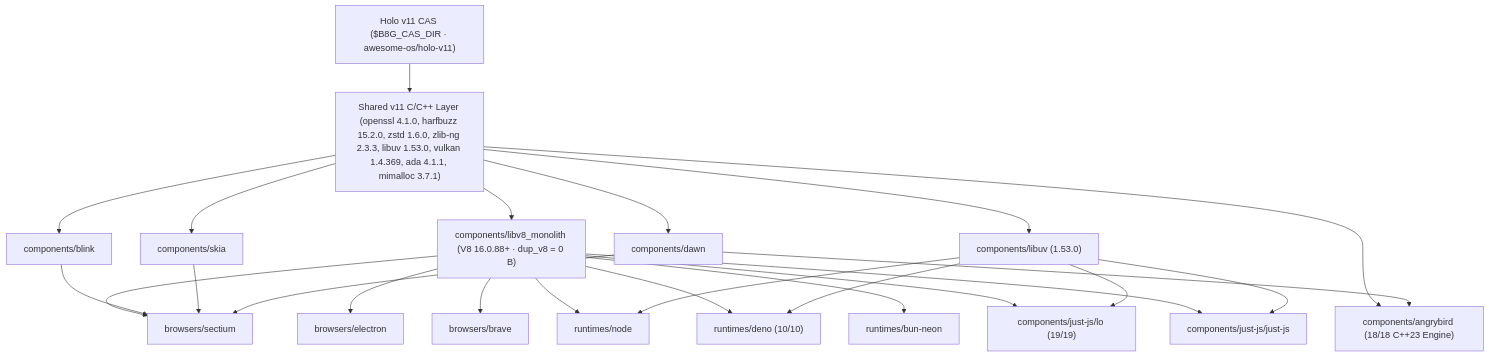
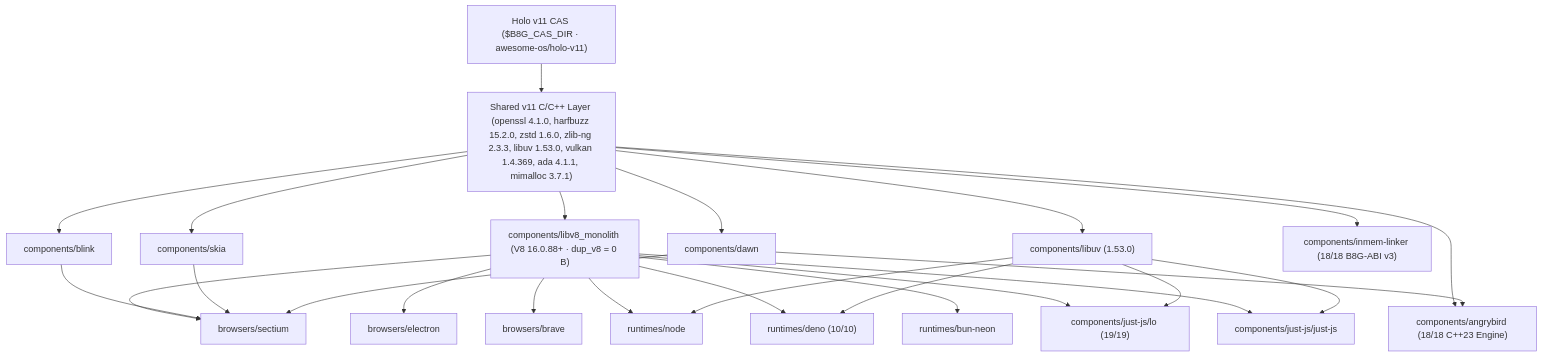
One commit to awesome-os/chromium-baseline changed the diagram in README.md. Above: the diagram before and after it, drawn with Mermaid. The commit also changed other lines of this file and 27 other files, not shown here.

Commit message:
feat(inmem-linker): add Holo v11 B8G-ABI v3 origin linker, 18-target stub roll, and C++20 proof

````diff
--- a/README.md
+++ b/README.md
@@ -5,45 +5,47 @@
 ```mermaid
 flowchart TD
   HOLO["Holo v11 CAS ($B8G_CAS_DIR · awesome-os/holo-v11)"]
   LIBS["Shared v11 C/C++ Layer (openssl 4.1.0, harfbuzz 15.2.0, zstd 1.6.0, zlib-ng 2.3.3, libuv 1.53.0, vulkan 1.4.369, ada 4.1.1, mimalloc 3.7.1)"]
   V8["components/libv8_monolith (V8 16.0.88+ · dup_v8 = 0 B)"]
   BLINK["components/blink"]
   SKIA["components/skia"]
   DAWN["components/dawn"]
   UV["components/libuv (1.53.0)"]
+  INMEM["components/inmem-linker (18/18 B8G-ABI v3)"]
   ANGRY["components/angrybird (18/18 C++23 Engine)"]
 
   SECTIUM["browsers/sectium"]
   ELECTRON["browsers/electron"]
   BRAVE["browsers/brave"]
   NODE["runtimes/node"]
   DENO["runtimes/deno (10/10)"]
   BUN["runtimes/bun-neon"]
   LO["components/just-js/lo (19/19)"]
   JUST["components/just-js/just-js"]
 
   HOLO --> LIBS
   LIBS --> V8
   LIBS --> BLINK
   LIBS --> SKIA
   LIBS --> DAWN
   LIBS --> UV
+  LIBS --> INMEM
   LIBS --> ANGRY
 
   V8 --> SECTIUM
   V8 --> ELECTRON
   V8 --> BRAVE
   V8 --> NODE
   V8 --> DENO
   V8 --> BUN
   V8 --> LO
   V8 --> JUST
   UV --> NODE
   UV --> DENO
   UV --> LO
   UV --> JUST
   BLINK --> SECTIUM
   SKIA --> SECTIUM
   DAWN --> SECTIUM
   DAWN --> ANGRY
 ```
````
